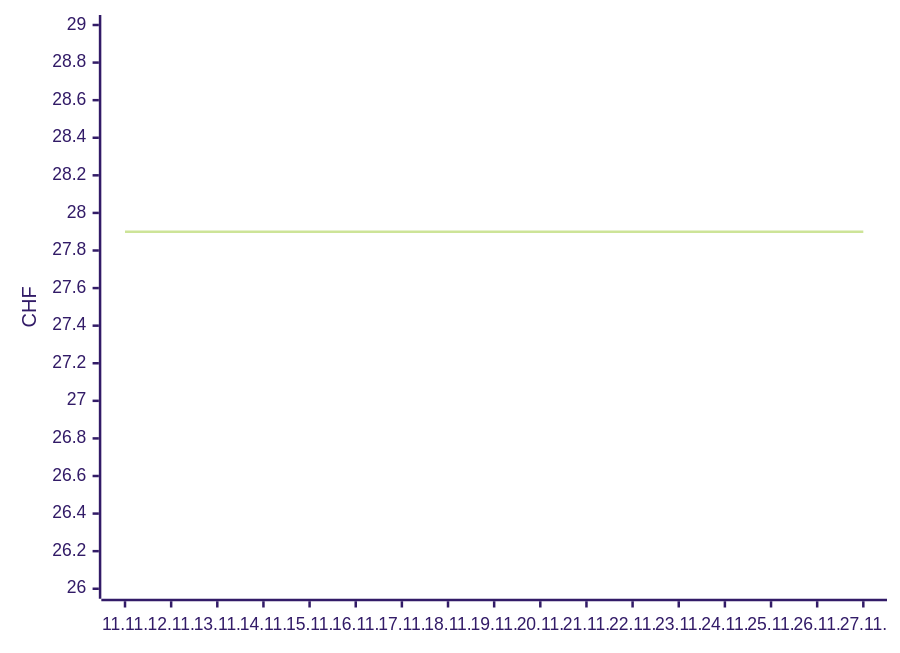
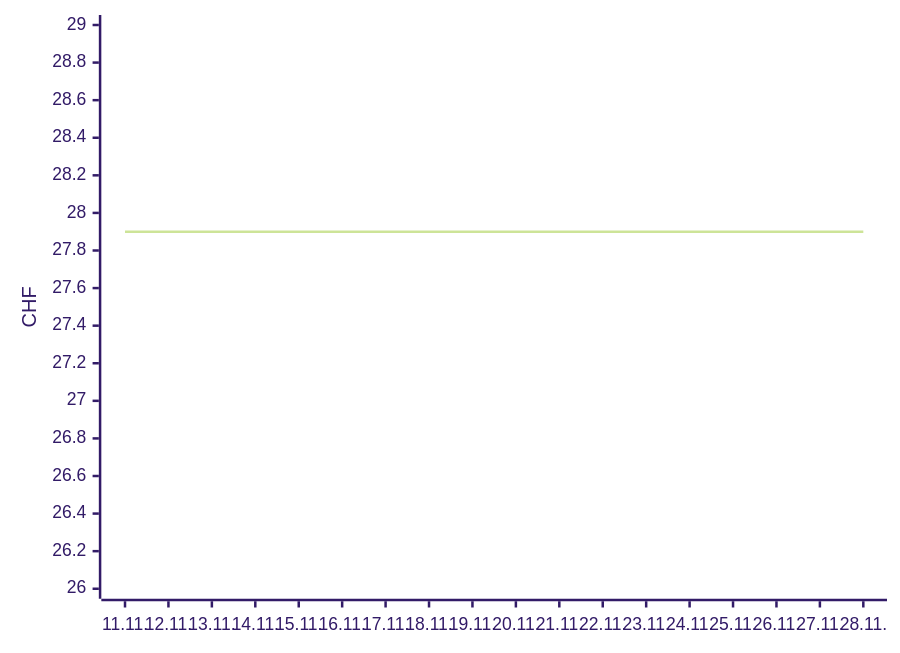
The first of 2 diagrams in README.md (Akira2828/my-Galaxus-MCP), drawn with Mermaid (forest theme) before and after one commit. The commit also changed other lines of this file and 1 other file, not shown here.

````diff
--- a/README.md
+++ b/README.md
@@ -16,6 +16,6 @@
 ```mermaid
 xychart-beta
-  x-axis ["11.11.", "12.11.", "13.11.", "14.11.", "15.11.", "16.11.", "17.11.", "18.11.", "19.11.", "20.11.", "21.11.", "22.11.", "23.11.", "24.11.", "25.11.", "26.11.", "27.11."]
+  x-axis ["11.11.", "12.11.", "13.11.", "14.11.", "15.11.", "16.11.", "17.11.", "18.11.", "19.11.", "20.11.", "21.11.", "22.11.", "23.11.", "24.11.", "25.11.", "26.11.", "27.11.", "28.11."]
   y-axis "CHF" 26 --> 29
-  line [27.9, 27.9, 27.9, 27.9, 27.9, 27.9, 27.9, 27.9, 27.9, 27.9, 27.9, 27.9, 27.9, 27.9, 27.9, 27.9, 27.9]
+  line [27.9, 27.9, 27.9, 27.9, 27.9, 27.9, 27.9, 27.9, 27.9, 27.9, 27.9, 27.9, 27.9, 27.9, 27.9, 27.9, 27.9, 27.9]
 ```
````
